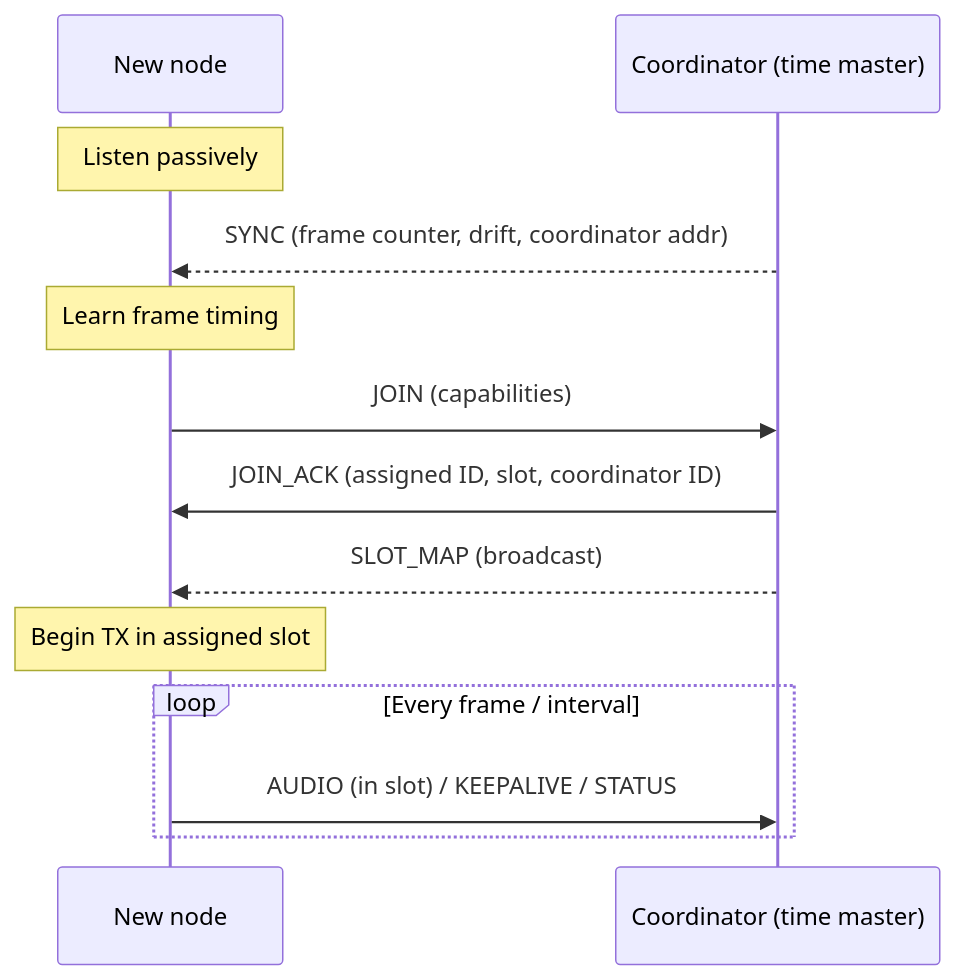
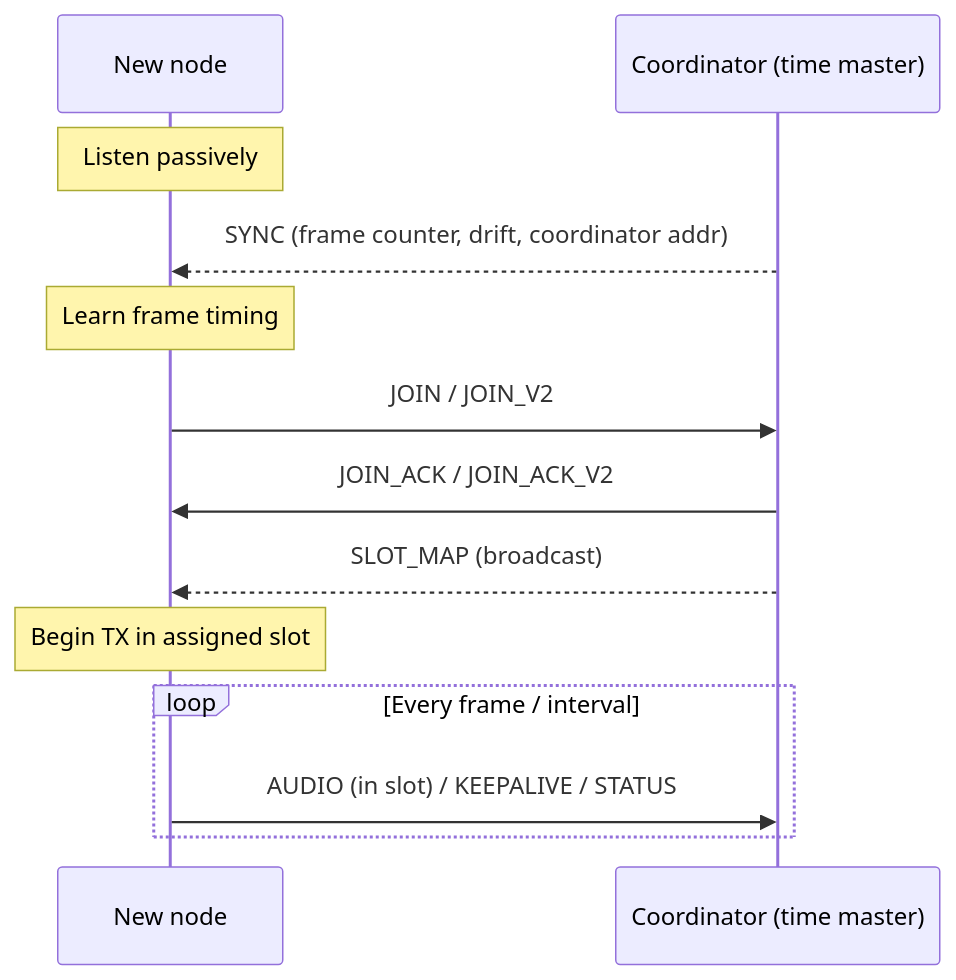
One commit to d3vv3/open-motorcycle-intercom changed the diagram in docs/protocol.md. Above: the diagram before and after it, drawn with Mermaid. The commit also changed other lines of this file and 23 other files, not shown here.

````diff
--- a/docs/protocol.md
+++ b/docs/protocol.md
@@ -171,15 +176,15 @@
 ```mermaid
 sequenceDiagram
     participant N as New node
     participant C as Coordinator (time master)
     Note over N: Listen passively
     C-->>N: SYNC (frame counter, drift, coordinator addr)
     Note over N: Learn frame timing
-    N->>C: JOIN (capabilities)
-    C->>N: JOIN_ACK (assigned ID, slot, coordinator ID)
+    N->>C: JOIN / JOIN_V2
+    C->>N: JOIN_ACK / JOIN_ACK_V2
     C-->>N: SLOT_MAP (broadcast)
     Note over N: Begin TX in assigned slot
     loop Every frame / interval
         N->>C: AUDIO (in slot) / KEEPALIVE / STATUS
     end
 ```
````
